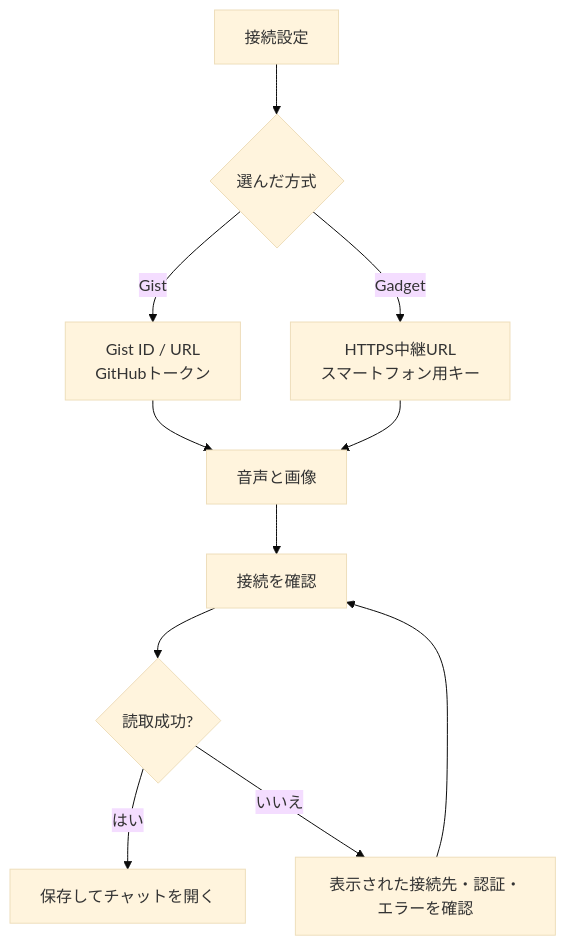
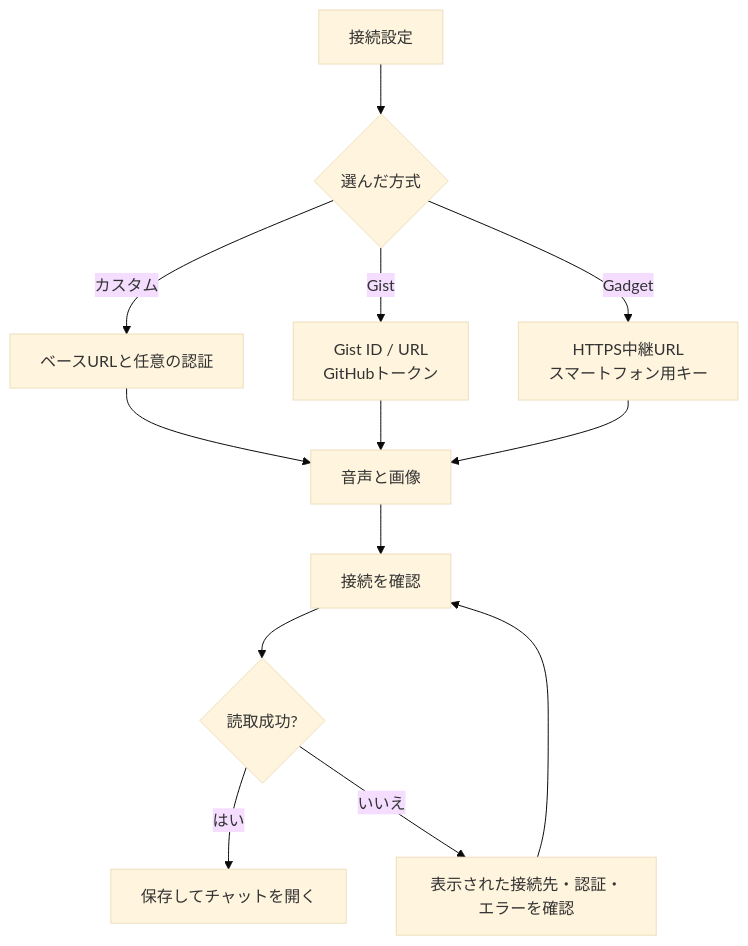
Before and after one commit to 3mintimer/muse-relay: the second of 3 diagrams in docs/relay-setup.ja.md, drawn with Mermaid (base theme). The commit also changed other lines of this file and 27 other files, not shown here.

````diff
--- a/docs/relay-setup.ja.md
+++ b/docs/relay-setup.ja.md
@@ -189,13 +232,15 @@
 ```mermaid
 flowchart TD
   A[接続設定] --> B{選んだ方式}
   B -->|Gist| C[Gist ID / URL<br/>GitHubトークン]
   B -->|Gadget| D[HTTPS中継URL<br/>スマートフォン用キー]
+  B -->|カスタム| J[ベースURLと任意の認証]
+  J --> E
   C --> E[音声と画像]
   D --> E
   E --> F[接続を確認]
   F --> G{読取成功?}
   G -->|はい| H[保存してチャットを開く]
   G -->|いいえ| I[表示された接続先・認証・エラーを確認]
   I --> F
 ```
````
